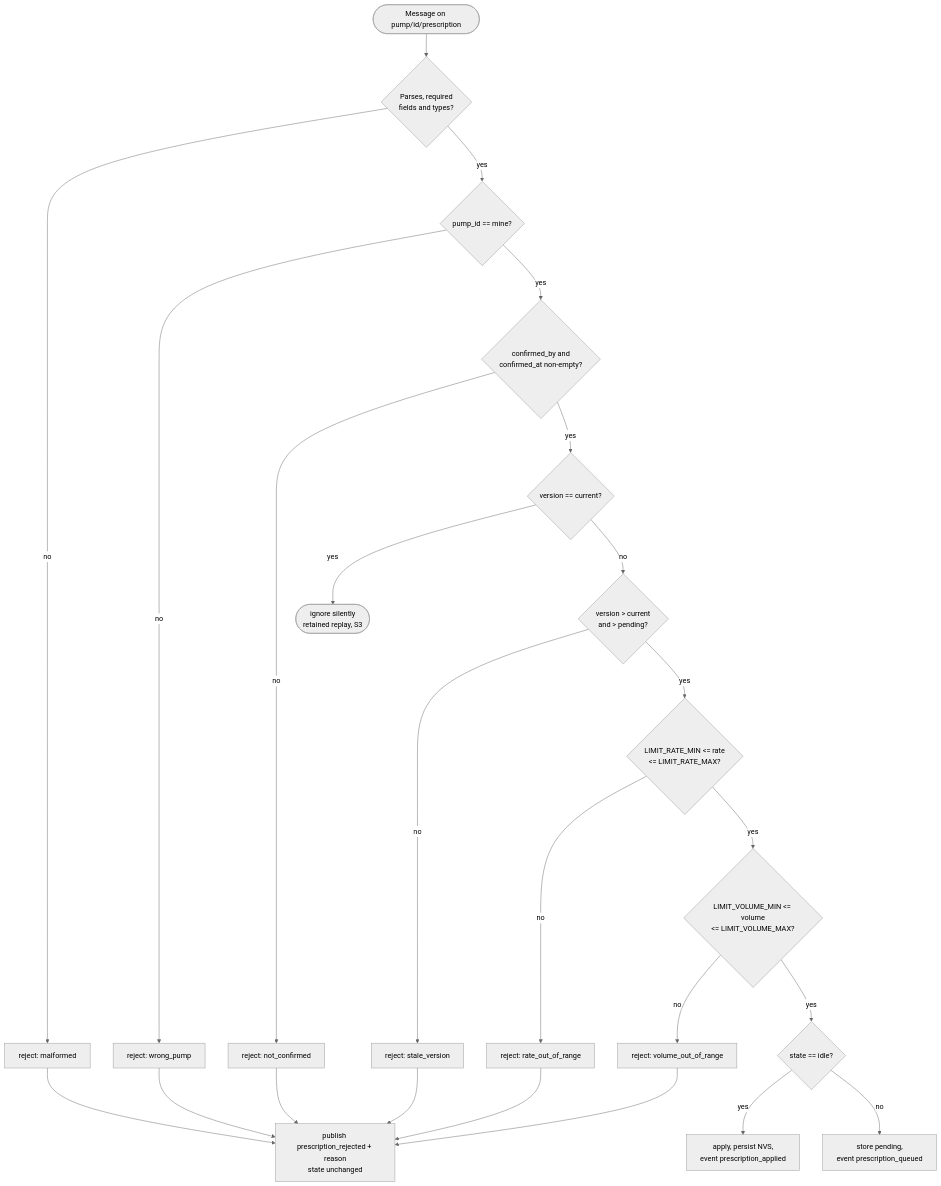
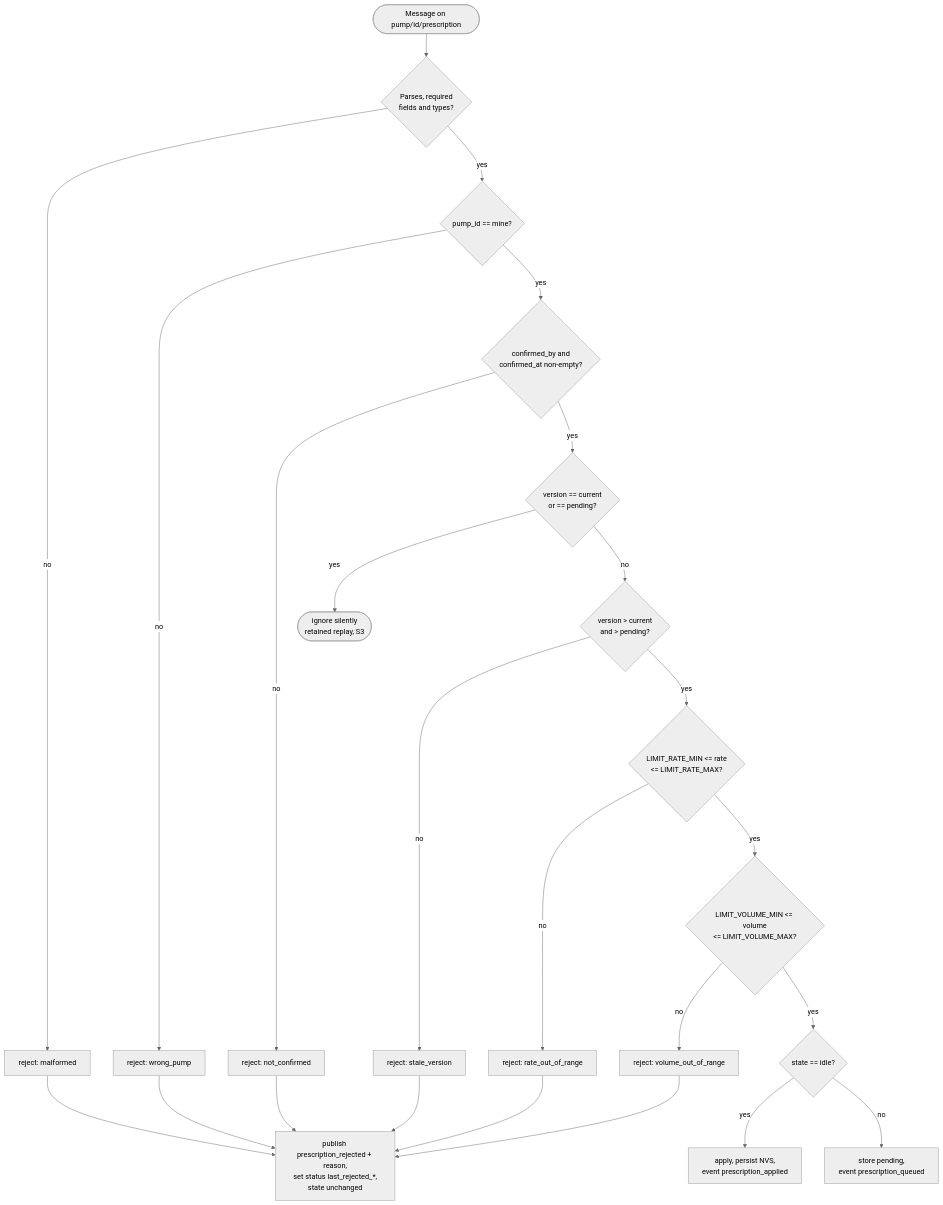
Before and after one commit to krishdeshmukhhh/BioHack-2027: the sixth of 12 diagrams in docs/research/ARCHITECTURE-DIAGRAMS.md, drawn with Mermaid (neutral theme). The commit also changed other lines of this file and 1 other file, not shown here.

Commit message:
PROTOCOL.md: pin edge cases found while building the sim
Firmware must match: check 1 edge cases, inclusive limits, rate_ml_hr in
idle/alarm, automatic complete->idle after 5 s, event order. Diagram §6
now ignores replays of the pending version too.

````diff
--- a/docs/research/ARCHITECTURE-DIAGRAMS.md
+++ b/docs/research/ARCHITECTURE-DIAGRAMS.md
@@ -190,22 +190,22 @@
 ```mermaid
 flowchart TD
     A([Message on pump/id/prescription]) --> B{Parses, required<br/>fields and types?}
     B -- no --> Rm[reject: malformed]
     B -- yes --> C{pump_id == mine?}
     C -- no --> Rw[reject: wrong_pump]
     C -- yes --> D{confirmed_by and<br/>confirmed_at non-empty?}
     D -- no --> Rc[reject: not_confirmed]
-    D -- yes --> E{version == current?}
+    D -- yes --> E{version == current<br/>or == pending?}
     E -- yes --> Ig([ignore silently<br/>retained replay, S3])
     E -- no --> F{version > current<br/>and > pending?}
     F -- no --> Rs[reject: stale_version]
     F -- yes --> G{LIMIT_RATE_MIN <= rate<br/><= LIMIT_RATE_MAX?}
     G -- no --> Rr[reject: rate_out_of_range]
     G -- yes --> H{LIMIT_VOLUME_MIN <= volume<br/><= LIMIT_VOLUME_MAX?}
     H -- no --> Rv[reject: volume_out_of_range]
     H -- yes --> I{state == idle?}
     I -- yes --> Ap[apply, persist NVS,<br/>event prescription_applied]
     I -- no --> Qu[store pending,<br/>event prescription_queued]
 
-    Rm & Rw & Rc & Rs & Rr & Rv --> X[publish prescription_rejected + reason<br/>state unchanged]
+    Rm & Rw & Rc & Rs & Rr & Rv --> X[publish prescription_rejected + reason,<br/>set status last_rejected_*,<br/>state unchanged]
 ```
````
